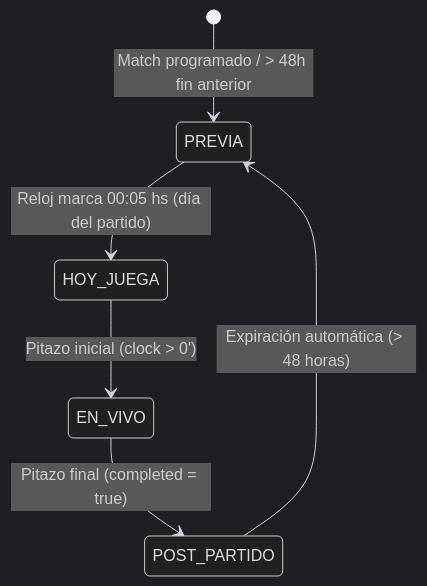
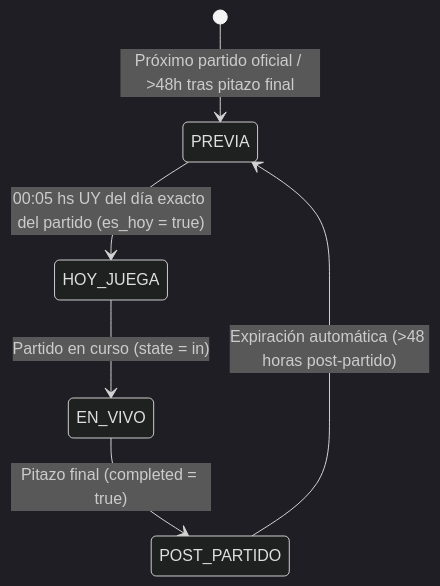
One commit to eltopouy/manya-servicioti changed the diagram in SPEC.md. Above: the diagram before and after it, drawn with Mermaid (dark theme). The commit also changed other lines of this file and 31 other files, not shown here.

````diff
--- a/SPEC.md
+++ b/SPEC.md
@@ -27,8 +32,8 @@
 ```mermaid
 stateDiagram-v2
-    [*] --> PREVIA: Match programado / > 48h fin anterior
-    PREVIA --> HOY_JUEGA: Reloj marca 00:05 hs (día del partido)
-    HOY_JUEGA --> EN_VIVO: Pitazo inicial (clock > 0')
+    [*] --> PREVIA: Próximo partido oficial / >48h tras pitazo final
+    PREVIA --> HOY_JUEGA: 00:05 hs UY del día exacto del partido (es_hoy = true)
+    HOY_JUEGA --> EN_VIVO: Partido en curso (state = in)
     EN_VIVO --> POST_PARTIDO: Pitazo final (completed = true)
-    POST_PARTIDO --> PREVIA: Expiración automática (> 48 horas)
+    POST_PARTIDO --> PREVIA: Expiración automática (>48 horas post-partido)
 ```
````
